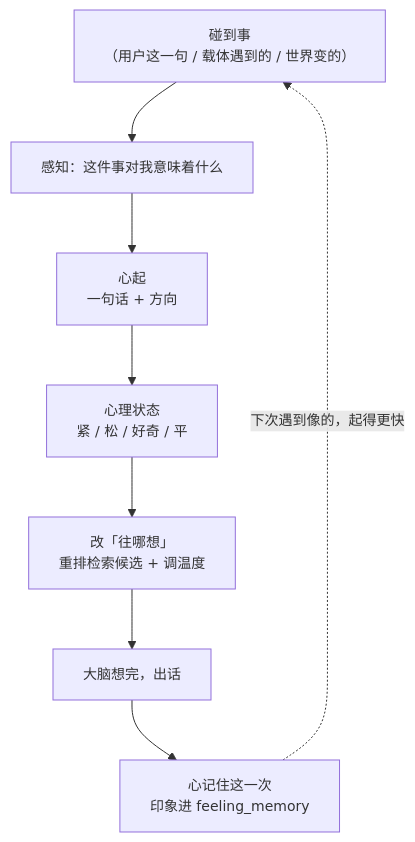
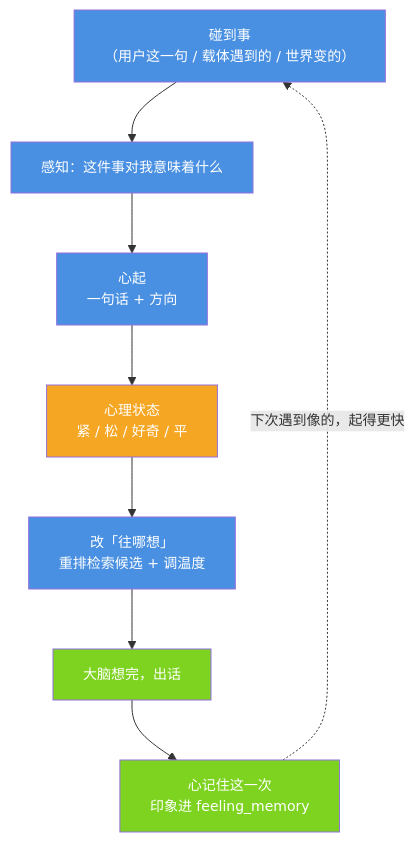
One commit to jiangchuangege/xiaojiao-harnees changed the second of 2 diagrams in docs/psyche-layer.md. Above: the diagram before and after it, drawn with Mermaid. The commit also changed other lines of this file and 32 other files, not shown here.

Commit message:
统一：全仓原理图配色到一套调色板 + 给 12 张灰图补色 + 修正自己会睡那张过期图

````diff
--- a/docs/psyche-layer.md
+++ b/docs/psyche-layer.md
@@ -100,11 +104,19 @@
 ```mermaid
 %%{init: {"themeVariables": {"fontSize": "14px"}, "flowchart": {"htmlLabels": true, "wrappingWidth": 340, "nodeSpacing": 46, "rankSpacing": 60, "useMaxWidth": true}}}%%
 flowchart TB
     A["碰到事<br/>（用户这一句 / 载体遇到的 / 世界变的）"] --> B["感知：这件事对我意味着什么"]
     B --> C["心起<br/>一句话 + 方向"]
     C --> D["心理状态<br/>紧 / 松 / 好奇 / 平"]
     D --> E["改「往哪想」<br/>重排检索候选 + 调温度"]
     E --> F["大脑想完，出话"]
     F --> G["心记住这一次<br/>印象进 feeling_memory"]
     G -.->|"下次遇到像的，起得更快"| A
+    style A fill:#4A90E2,color:#fff
+    style B fill:#4A90E2,color:#fff
+    style C fill:#4A90E2,color:#fff
+    style D fill:#F5A623,color:#fff
+    style E fill:#4A90E2,color:#fff
+    style F fill:#7ED321,color:#fff
+    style G fill:#7ED321,color:#fff
+
 ```
````
